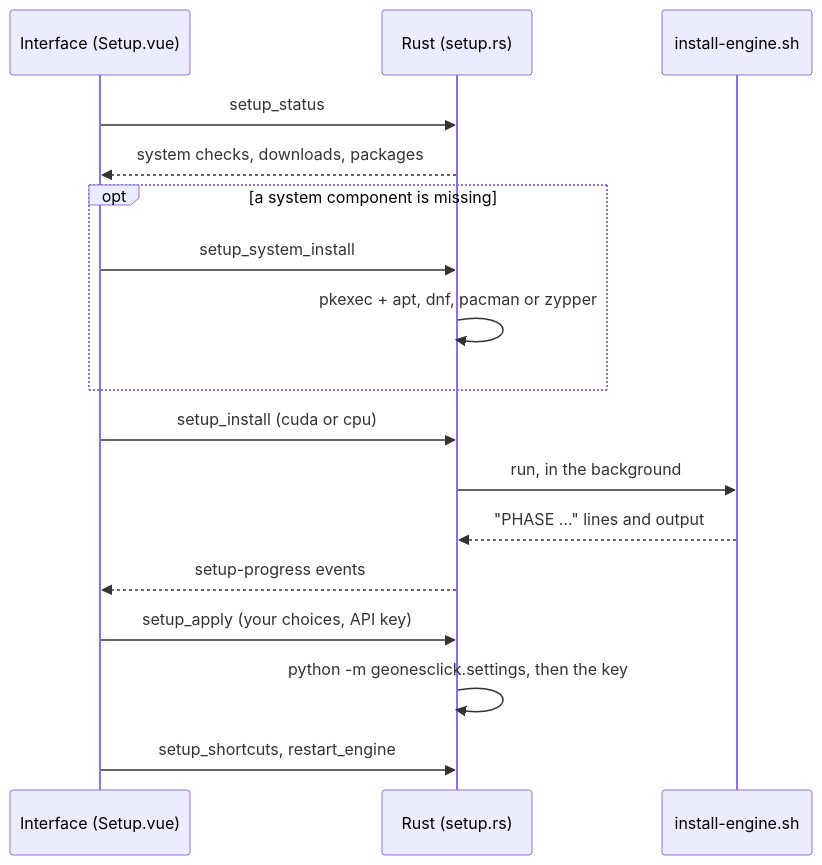
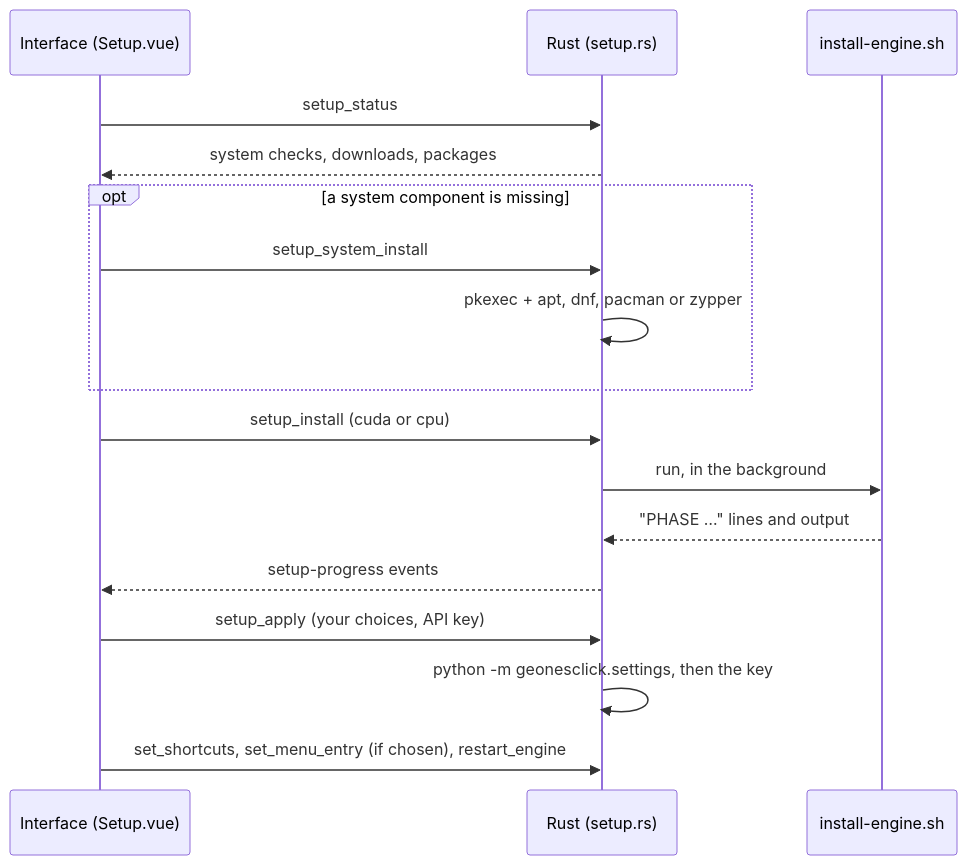
The third of 3 diagrams in docs/architecture.md (MrNesClick/GeoNesClick), drawn with Mermaid before and after one commit. The commit also changed other lines of this file and 23 other files, not shown here.

````diff
--- a/docs/architecture.md
+++ b/docs/architecture.md
@@ -87,19 +87,19 @@
 ```mermaid
 sequenceDiagram
   participant UI as Interface (Setup.vue)
   participant R as Rust (setup.rs)
   participant S as install-engine.sh
   UI->>R: setup_status
   R-->>UI: system checks, downloads, packages
   opt a system component is missing
     UI->>R: setup_system_install
     R->>R: pkexec + apt, dnf, pacman or zypper
   end
   UI->>R: setup_install (cuda or cpu)
   R->>S: run, in the background
   S-->>R: "PHASE …" lines and output
   R-->>UI: setup-progress events
   UI->>R: setup_apply (your choices, API key)
   R->>R: python -m geonesclick.settings, then the key
-  UI->>R: setup_shortcuts, restart_engine
+  UI->>R: set_shortcuts, set_menu_entry (if chosen), restart_engine
 ```
````
